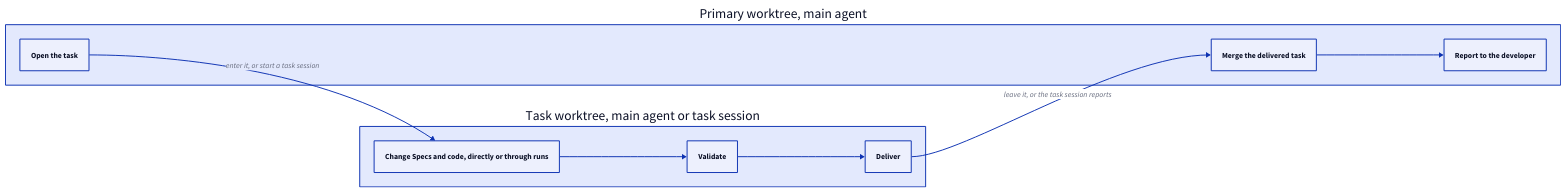
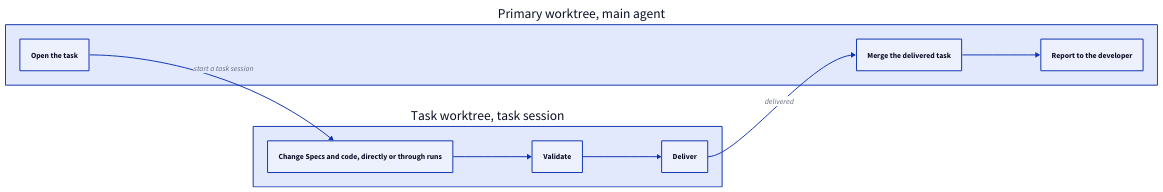
One commit to FTOD/concorde changed the first of 3 diagrams in specs/concorde/coordination/module.md. Above: the diagram before and after it, drawn with D2. The commit also changed other lines of this file and 9 other files, not shown here.

First line of the commit message:
Coordination Specs: the task level is always a task session; decisions are asked from the main session

````diff
--- a/specs/concorde/coordination/module.md
+++ b/specs/concorde/coordination/module.md
@@ -34,17 +36,17 @@
 ```d2 illustrative
 direction: right
 primary: Primary worktree, main agent {
   open: Open the task
   merge: Merge the delivered task
   report: Report to the developer
 }
-task: Task worktree, main agent or task session {
+task: Task worktree, task session {
   work: Change Specs and code, directly or through runs
   validate: Validate
   deliver: Deliver
   work -> validate -> deliver
 }
-primary.open -> task.work: enter it, or start a task session
-task.deliver -> primary.merge: leave it, or the task session reports
+primary.open -> task.work: start a task session
+task.deliver -> primary.merge: delivered
 primary.merge -> primary.report
 ```
````
